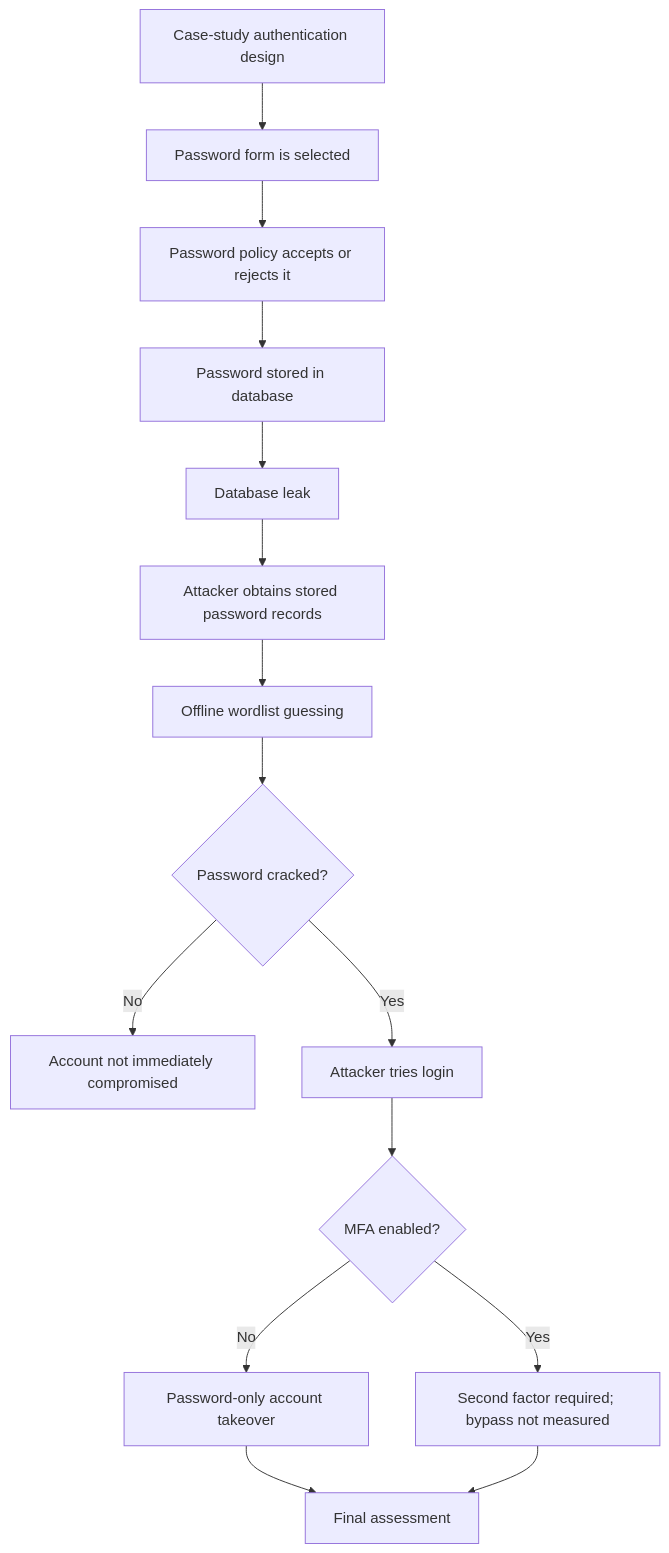
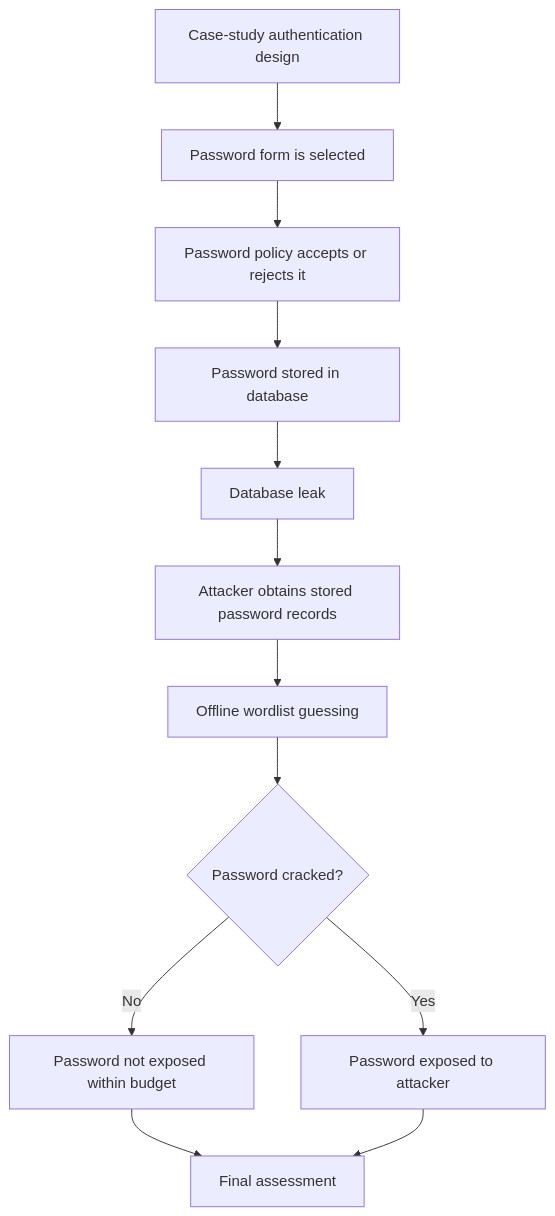
The diagram in docs/threat-model.md (shldo/password-auth-security-analysis), drawn with Mermaid before and after one commit. The commit also changed other lines of this file and 16 other files, not shown here.

````diff
--- a/docs/threat-model.md
+++ b/docs/threat-model.md
@@ -40,17 +38,14 @@
 ```mermaid
 flowchart TD
     A["Case-study authentication design"] --> B["Password form is selected"]
     B --> C["Password policy accepts or rejects it"]
     C --> D["Password stored in database"]
     D --> E["Database leak"]
     E --> F["Attacker obtains stored password records"]
     F --> G["Offline wordlist guessing"]
     G --> H{"Password cracked?"}
-    H -->|No| I["Account not immediately compromised"]
-    H -->|Yes| J["Attacker tries login"]
-    J --> K{"MFA enabled?"}
-    K -->|No| L["Password-only account takeover"]
-    K -->|Yes| M["Second factor required; bypass not measured"]
-    L --> N["Final assessment"]
-    M --> N
+    H -->|No| I["Password not exposed within budget"]
+    H -->|Yes| J["Password exposed to attacker"]
+    I --> K["Final assessment"]
+    J --> K
 ```
````
